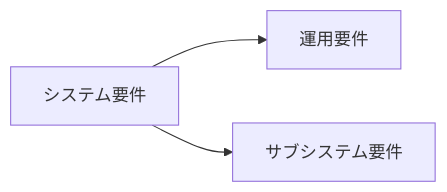
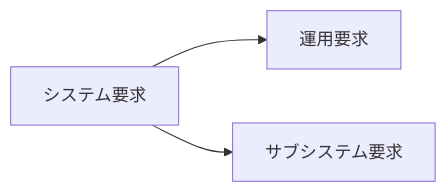
Before and after one commit to hirototamura/one-piece: the fifth of 6 diagrams in docs/INFORMATION_ARCHITECTURE.md, drawn with Mermaid. The commit also changed other lines of this file and 7 other files, not shown here.

````diff
--- a/docs/INFORMATION_ARCHITECTURE.md
+++ b/docs/INFORMATION_ARCHITECTURE.md
@@ -241,9 +241,9 @@
 ```mermaid
 flowchart LR
-  SR[システム要件]
-  OR[運用要件]
-  SubR[サブシステム要件]
+  SR[システム要求]
+  OR[運用要求]
+  SubR[サブシステム要求]
 
   SR --> OR
   SR --> SubR
 ```
````
